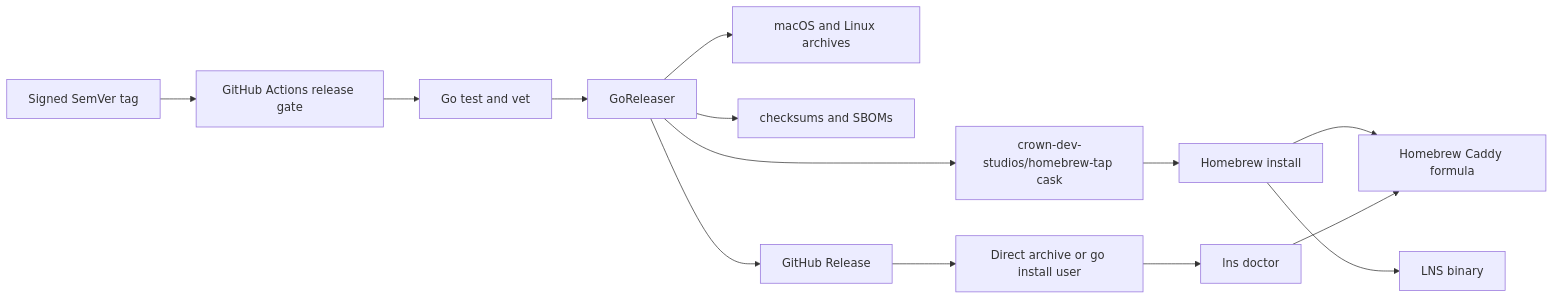
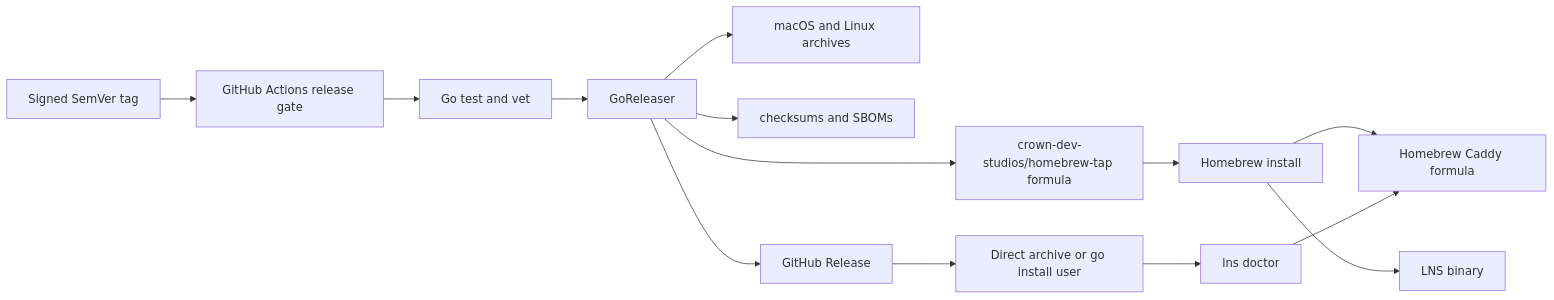
One commit to crown-dev-studios/lns changed the first of 2 diagrams in docs/plans/active/2026-09-20-release-distribution.md. Above: the diagram before and after it, drawn with Mermaid. The commit also changed other lines of this file and 9 other files, not shown here.

Commit message:
feat(release): publish source-built Homebrew formula

````diff
--- a/docs/plans/active/2026-09-20-release-distribution.md
+++ b/docs/plans/active/2026-09-20-release-distribution.md
@@ -130,16 +131,16 @@
 ```mermaid
 flowchart LR
     Tag[Signed SemVer tag] --> CI[GitHub Actions release gate]
     CI --> Tests[Go test and vet]
     Tests --> GR[GoReleaser]
     GR --> Artifacts[macOS and Linux archives]
     GR --> Checksums[checksums and SBOMs]
     GR --> Release[GitHub Release]
-    GR --> Tap[crown-dev-studios/homebrew-tap cask]
+    GR --> Tap[crown-dev-studios/homebrew-tap formula]
     Tap --> Brew[Homebrew install]
     Brew --> LNS[LNS binary]
     Brew --> Caddy[Homebrew Caddy formula]
     Release --> Direct[Direct archive or go install user]
     Direct --> Doctor[lns doctor]
     Doctor --> Caddy
 ```
````
